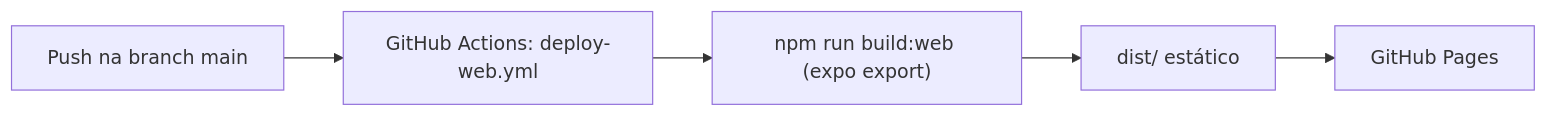
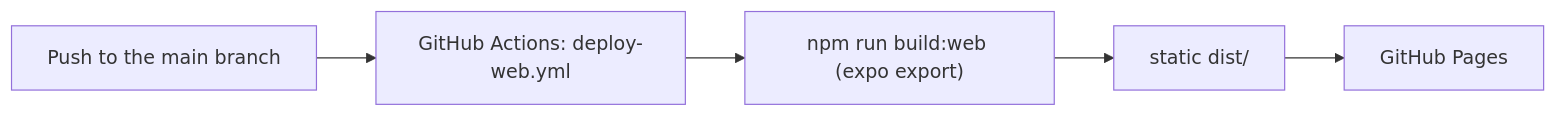
Before and after one commit to Kenyaragao/ChessMaster: the third of 3 diagrams in docs/ARCHITECTURE.md, drawn with Mermaid. The commit also changed other lines of this file and 5 other files, not shown here.

````diff
--- a/docs/ARCHITECTURE.md
+++ b/docs/ARCHITECTURE.md
@@ -106,7 +125,7 @@
 ```mermaid
 flowchart LR
-    Commit[Push na branch main] --> CI[GitHub Actions: deploy-web.yml]
+    Commit[Push to the main branch] --> CI[GitHub Actions: deploy-web.yml]
     CI --> Build["npm run build:web (expo export)"]
-    Build --> Artifact[dist/ estático]
+    Build --> Artifact[static dist/]
     Artifact --> Pages[GitHub Pages]
 ```
````
